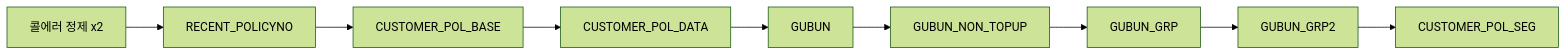
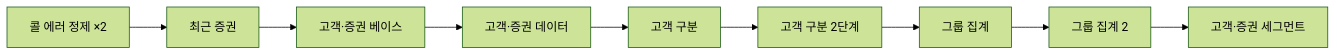
One commit to kgeonhoe/Blog changed the first of 4 diagrams in content/Projects/customer-analytics-mart/고객마트 리니지 분석.md. Above: the diagram before and after it, drawn with Mermaid (forest theme). The commit also changed other lines of this file and 6 other files, not shown here.

````diff
--- a/content/Projects/customer-analytics-mart/고객마트 리니지 분석.md
+++ b/content/Projects/customer-analytics-mart/고객마트 리니지 분석.md
@@ -82,11 +37,11 @@
 ```mermaid
 graph LR
-  E1[콜에러 정제 x2] --> RP[RECENT_POLICYNO]
-  RP --> BASE[CUSTOMER_POL_BASE]
-  BASE --> DATA[CUSTOMER_POL_DATA]
-  DATA --> G[GUBUN]
-  G --> NT[GUBUN_NON_TOPUP]
-  NT --> GRP[GUBUN_GRP]
-  GRP --> GRP2[GUBUN_GRP2]
-  GRP2 --> SEG[CUSTOMER_POL_SEG]
+  E["콜 에러 정제 ×2"] --> RP["최근 증권"]
+  RP --> BASE["고객·증권 베이스"]
+  BASE --> DATA["고객·증권 데이터"]
+  DATA --> G["고객 구분"]
+  G --> NT["고객 구분 2단계"]
+  NT --> GRP["그룹 집계"]
+  GRP --> GRP2["그룹 집계 2"]
+  GRP2 --> SEG["고객·증권 세그먼트"]
 ```
````
